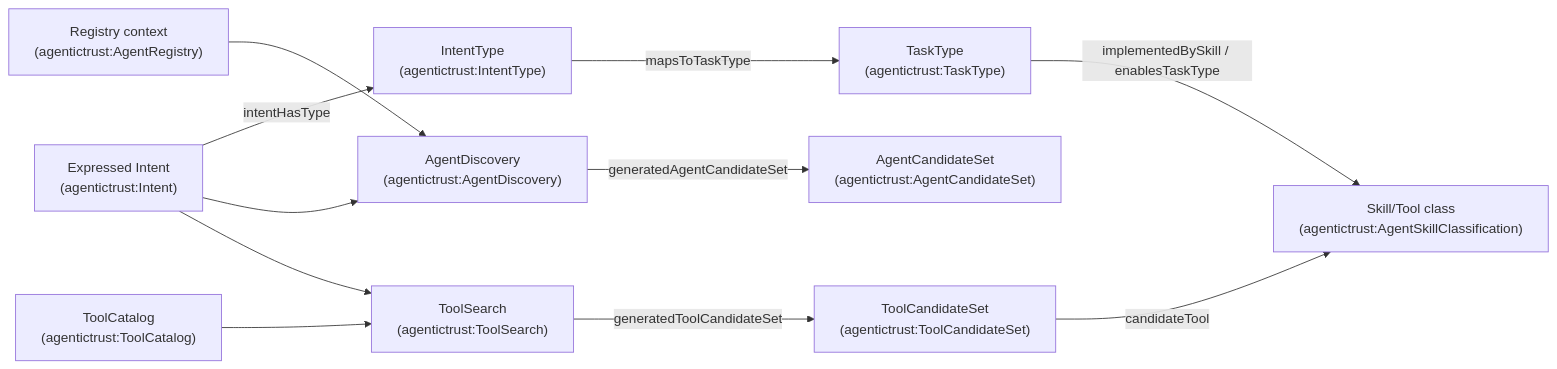
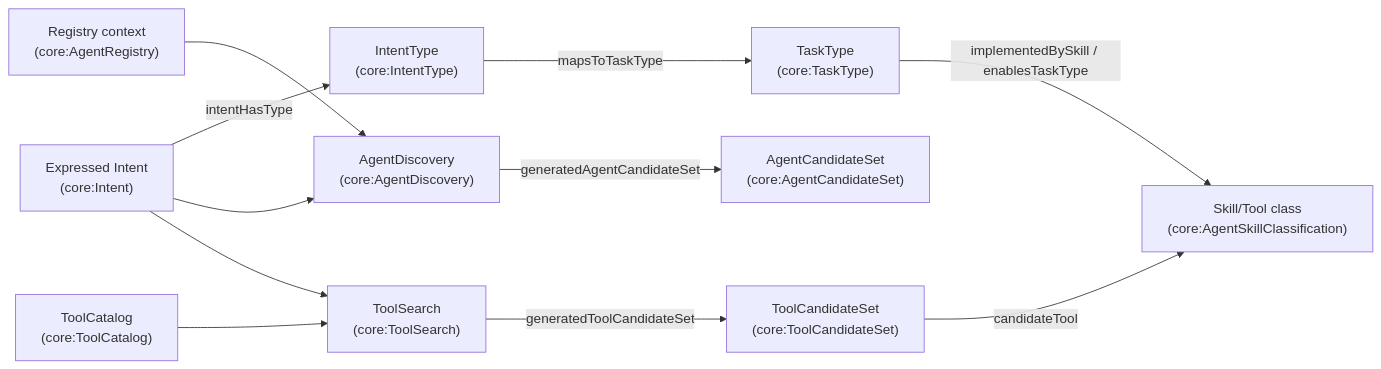
The fourth of 7 diagrams in docs/ontology/intent.md (Agentic-Trust-Layer/agent-explorer), drawn with Mermaid before and after one commit. The commit also changed other lines of this file and 49 other files, not shown here.

````diff
--- a/docs/ontology/intent.md
+++ b/docs/ontology/intent.md
@@ -131,28 +131,28 @@
 ```mermaid
 graph LR
-  Expr["Expressed Intent\n(agentictrust:Intent)"]
-  Type["IntentType\n(agentictrust:IntentType)"]
-  Task["TaskType\n(agentictrust:TaskType)"]
-  Skill["Skill/Tool class\n(agentictrust:AgentSkillClassification)"]
+  Expr["Expressed Intent\n(core:Intent)"]
+  Type["IntentType\n(core:IntentType)"]
+  Task["TaskType\n(core:TaskType)"]
+  Skill["Skill/Tool class\n(core:AgentSkillClassification)"]
 
-  Reg["Registry context\n(agentictrust:AgentRegistry)"]
-  Disc["AgentDiscovery\n(agentictrust:AgentDiscovery)"]
-  Agents["AgentCandidateSet\n(agentictrust:AgentCandidateSet)"]
+  Reg["Registry context\n(core:AgentRegistry)"]
+  Disc["AgentDiscovery\n(core:AgentDiscovery)"]
+  Agents["AgentCandidateSet\n(core:AgentCandidateSet)"]
 
-  Cat["ToolCatalog\n(agentictrust:ToolCatalog)"]
-  Search["ToolSearch\n(agentictrust:ToolSearch)"]
-  Tools["ToolCandidateSet\n(agentictrust:ToolCandidateSet)"]
+  Cat["ToolCatalog\n(core:ToolCatalog)"]
+  Search["ToolSearch\n(core:ToolSearch)"]
+  Tools["ToolCandidateSet\n(core:ToolCandidateSet)"]
 
   Expr -->|intentHasType| Type
   Type -->|mapsToTaskType| Task
   Task -->|implementedBySkill / enablesTaskType| Skill
 
   Reg --> Disc
   Expr --> Disc
   Disc -->|generatedAgentCandidateSet| Agents
 
   Cat --> Search
   Expr --> Search
   Search -->|generatedToolCandidateSet| Tools
   Tools -->|candidateTool| Skill
 ```
````
